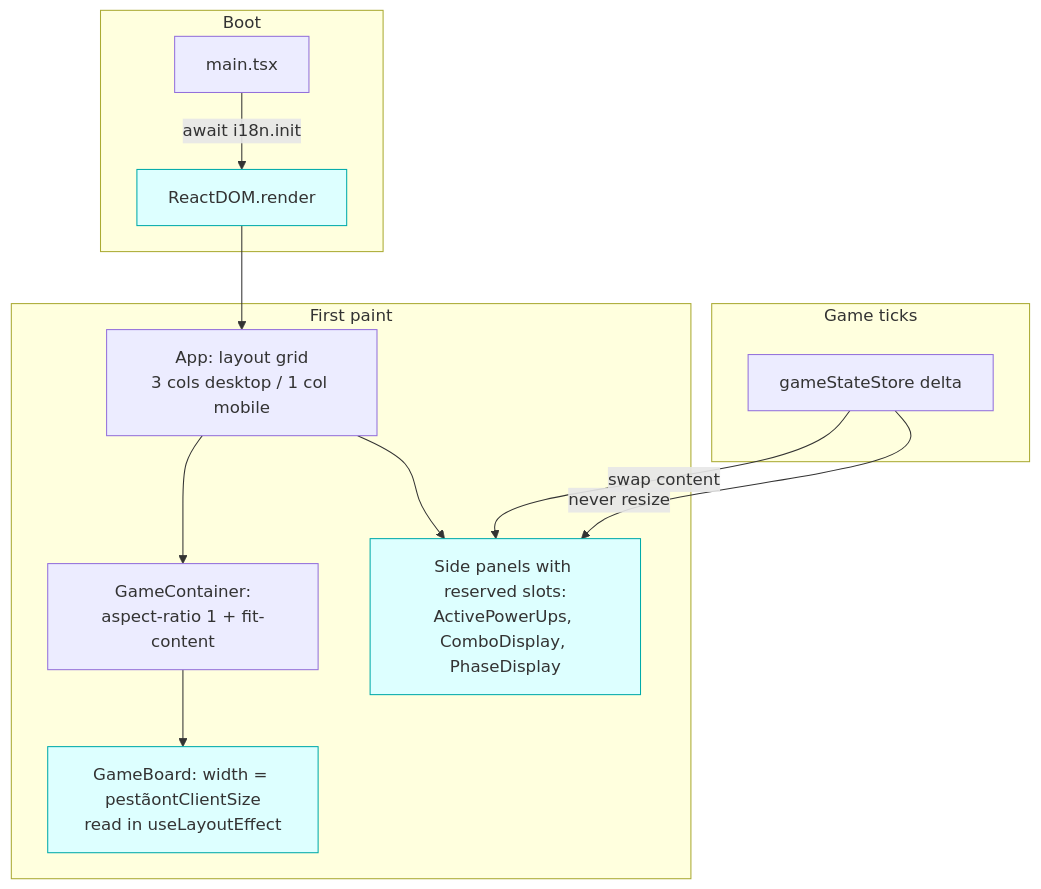
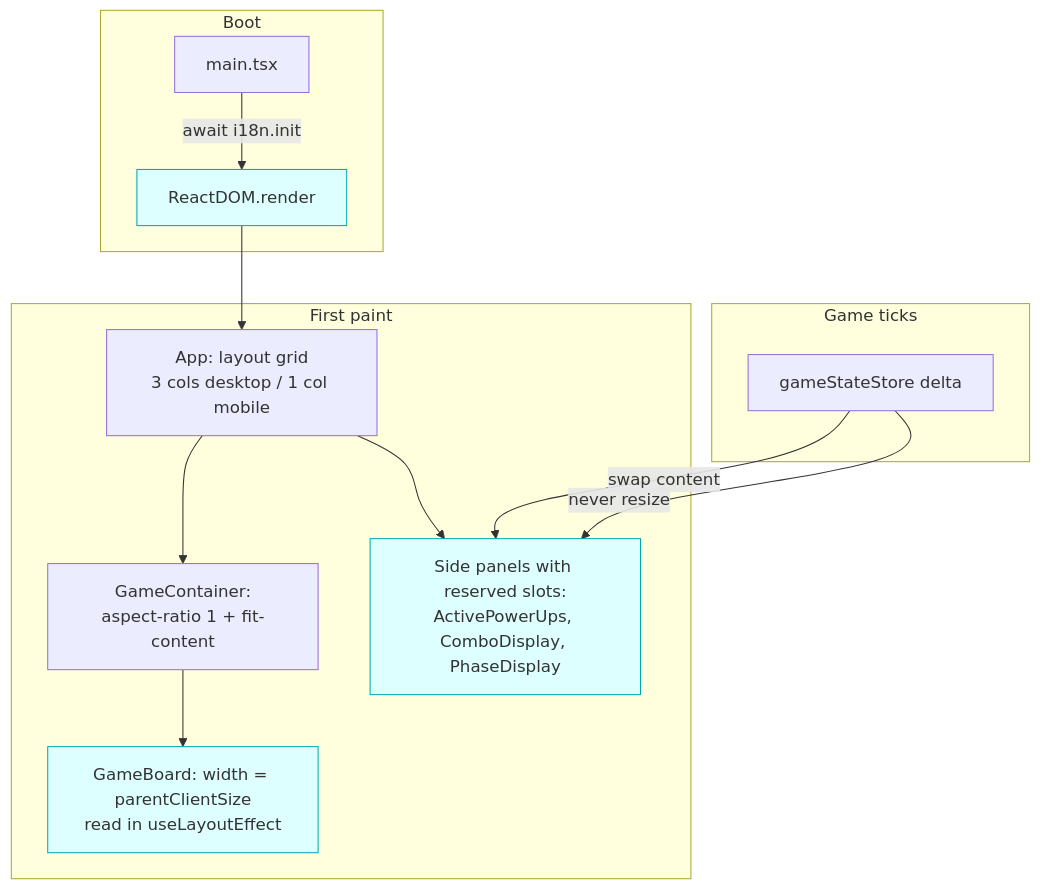
The diagram in docs/SDD/specs/REF-05-cumulative-layout-shift.md (rafaeljfec2/connexto-snakegame-funny), drawn with Mermaid before and after one commit. The commit also changed other lines of this file and 50 other files, not shown here.

````diff
--- a/docs/SDD/specs/REF-05-cumulative-layout-shift.md
+++ b/docs/SDD/specs/REF-05-cumulative-layout-shift.md
@@ -55,22 +55,22 @@
 ```mermaid
 flowchart TD
   subgraph Boot
     A[main.tsx] -->|await i18n.init| B[ReactDOM.render]
   end
 
   subgraph First paint
     B --> C[App: layout grid<br/>3 cols desktop / 1 col mobile]
     C --> D[GameContainer:<br/>aspect-ratio 1 + fit-content]
-    D --> E[GameBoard: width = pestãontClientSize<br/>read in useLayoutEffect]
+    D --> E[GameBoard: width = parentClientSize<br/>read in useLayoutEffect]
     C --> F[Side panels with reserved slots:<br/>ActivePowerUps, ComboDisplay, PhaseDisplay]
   end
 
   subgraph Game ticks
     G[gameStateStore delta] -->|swap content| F
     G -->|never resize| F
   end
 
   style E fill:#dff,stroke:#0aa
   style F fill:#dff,stroke:#0aa
   style B fill:#dff,stroke:#0aa
 ```
````
